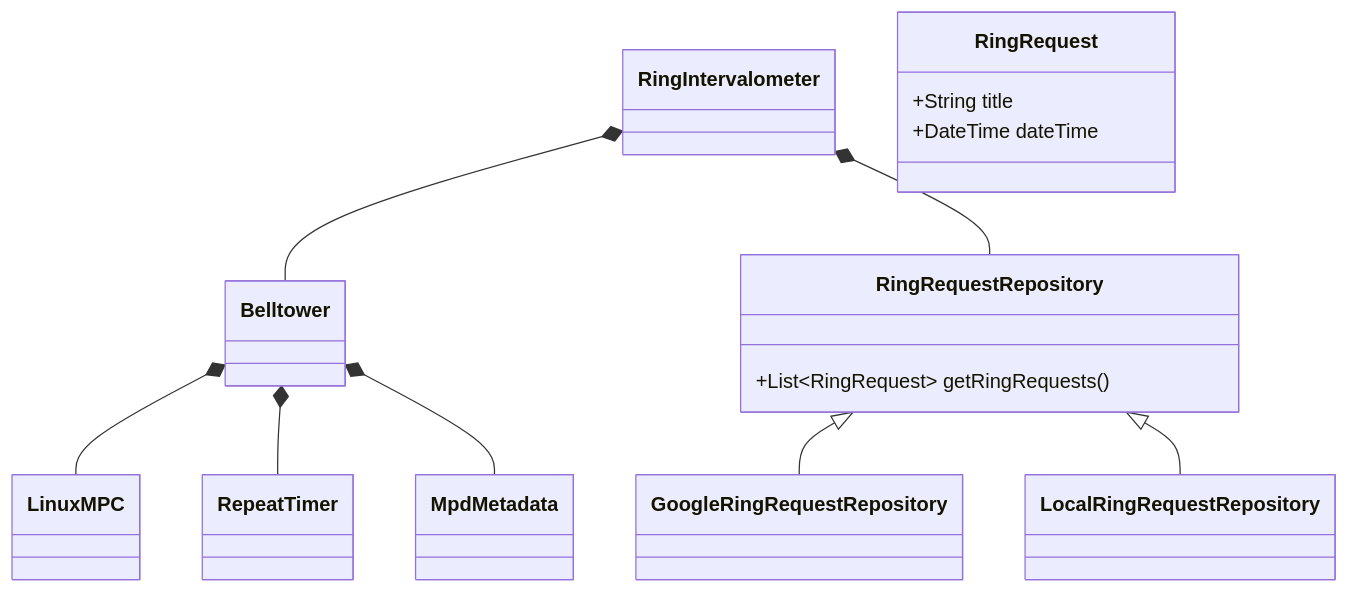
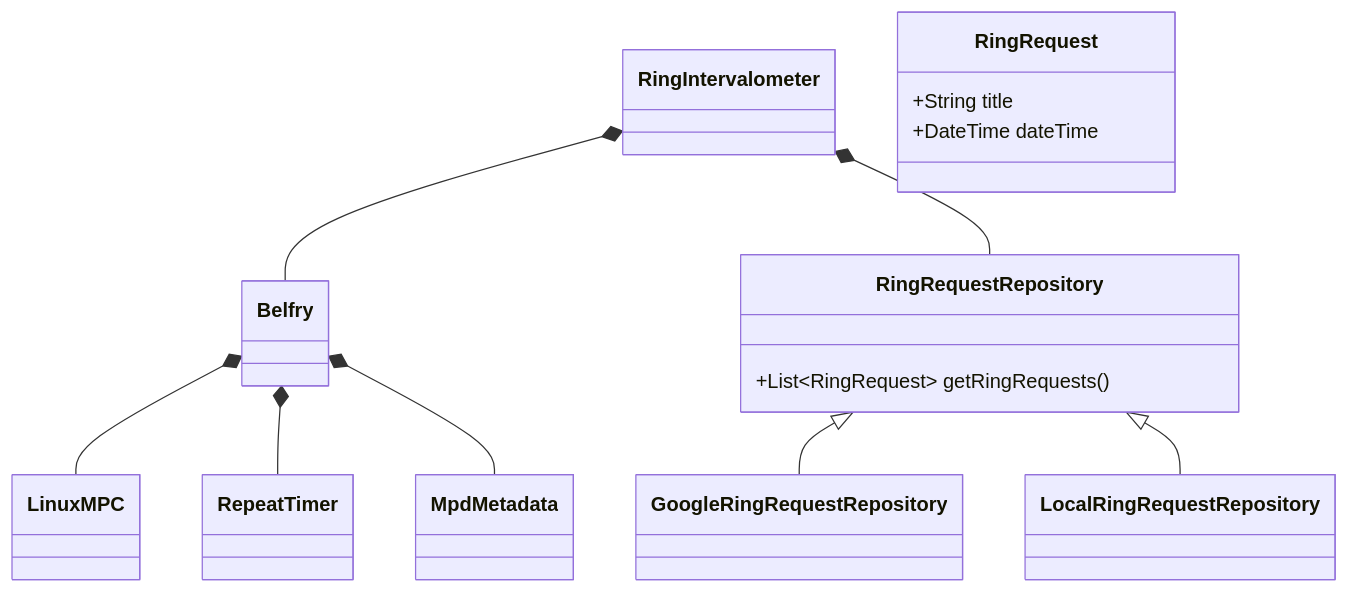
One commit to jjfraney/bells changed the second of 3 diagrams in server/README.md. Above: the diagram before and after it, drawn with Mermaid. The commit also changed other lines of this file, not shown here.

Commit message:
Update readme due to refactoring class names.

````diff
--- a/server/README.md
+++ b/server/README.md
@@ -316,20 +316,20 @@
 ```mermaid
     classDiagram
-        class Belltower
+        class Belfry
         class RingRequestRepository{
             +List~RingRequest~ getRingRequests()
         }
-        Belltower *-- LinuxMPC
-        Belltower *-- RepeatTimer
-        Belltower *-- MpdMetadata
-        RingIntervalometer *-- Belltower
+        Belfry *-- LinuxMPC
+        Belfry *-- RepeatTimer
+        Belfry *-- MpdMetadata
+        RingIntervalometer *-- Belfry
         RingIntervalometer *--RingRequestRepository
         RingRequestRepository <|-- GoogleRingRequestRepository
         RingRequestRepository <|-- LocalRingRequestRepository
         
         class RingRequest{
             +String title
             +DateTime dateTime
         }
 
 ```
````
